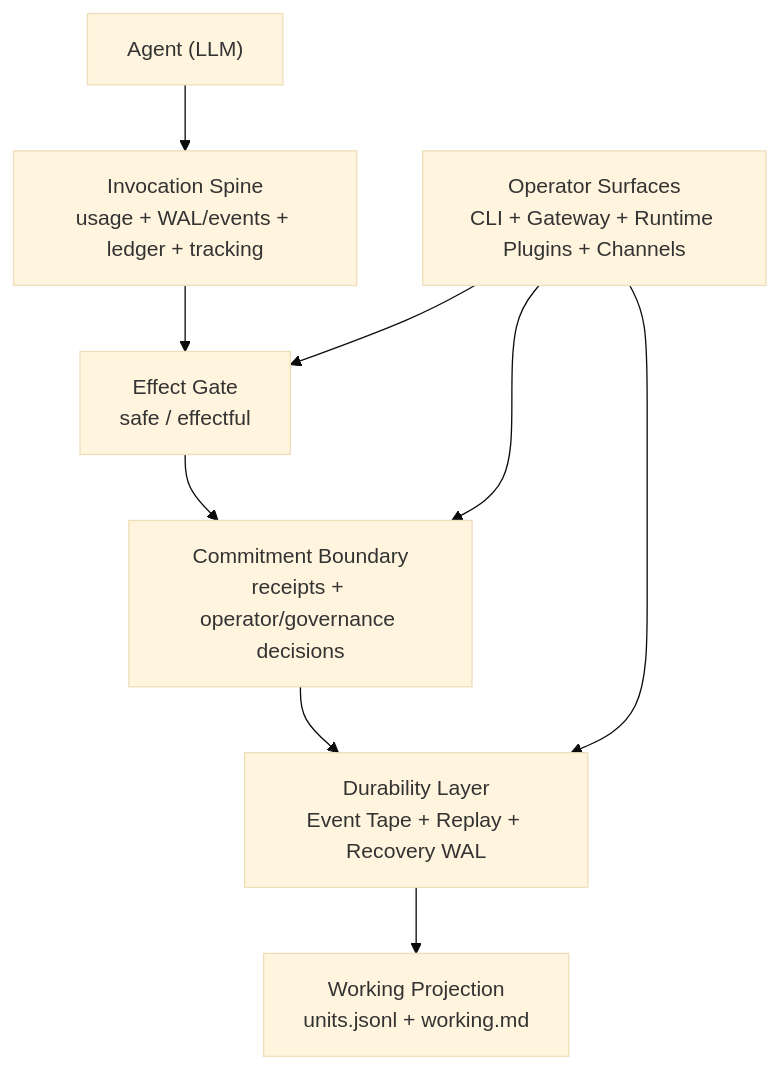
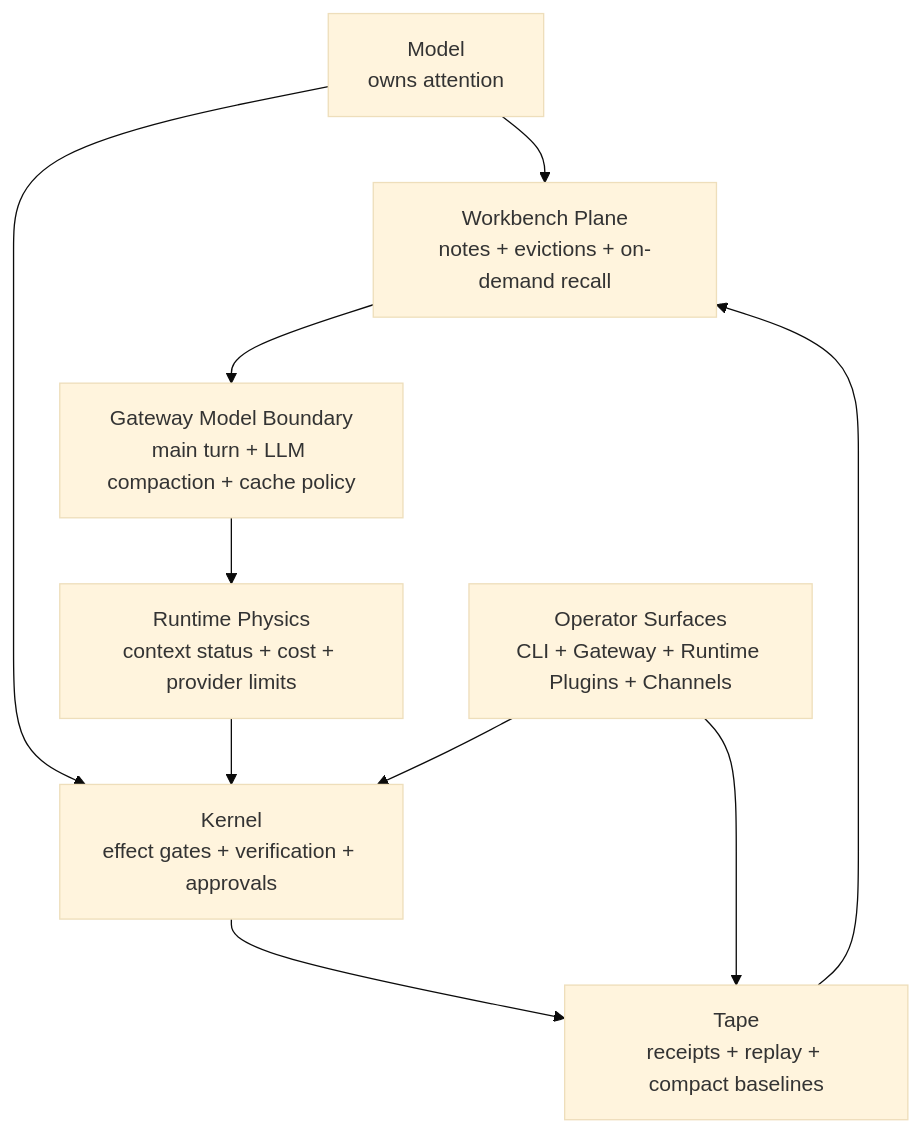
Before and after one commit to arcthur/brewva: the diagram in README.md, drawn with Mermaid (base theme). The commit also changed other lines of this file and 523 other files, not shown here.

First line of the commit message:
feat(runtime)!: complete model-operated context reset

````diff
--- a/README.md
+++ b/README.md
@@ -30,19 +40,20 @@
 ```mermaid
 flowchart TD
-  AGENT["Agent (LLM)"]
-  SPINE["Invocation Spine<br/>usage + WAL/events + ledger + tracking"]
-  EFFECT["Effect Gate<br/>safe / effectful"]
-  BOUNDARY["Commitment Boundary<br/>receipts + operator/governance decisions"]
-  DURABILITY["Durability Layer<br/>Event Tape + Replay + Recovery WAL"]
-  PROJECTION["Working Projection<br/>units.jsonl + working.md"]
-  OPERATORS["Operator Surfaces<br/>CLI + Gateway + Runtime Plugins + Channels"]
+  MODEL["Model<br/>owns attention"]
+  WORKBENCH["Workbench Plane<br/>notes + evictions + on-demand recall"]
+  GATEWAY["Gateway Model Boundary<br/>main turn + LLM compaction + cache policy"]
+  PHYSICS["Runtime Physics<br/>context status + cost + provider limits"]
+  KERNEL["Kernel<br/>effect gates + verification + approvals"]
+  TAPE["Tape<br/>receipts + replay + compact baselines"]
+  OPERATOR["Operator Surfaces<br/>CLI + Gateway + Runtime Plugins + Channels"]
 
-  AGENT --> SPINE
-  SPINE --> EFFECT
-  EFFECT --> BOUNDARY
-  BOUNDARY --> DURABILITY
-  DURABILITY --> PROJECTION
-  OPERATORS --> EFFECT
-  OPERATORS --> BOUNDARY
-  OPERATORS --> DURABILITY
+  MODEL --> WORKBENCH
+  WORKBENCH --> GATEWAY
+  GATEWAY --> PHYSICS
+  MODEL --> KERNEL
+  PHYSICS --> KERNEL
+  KERNEL --> TAPE
+  TAPE --> WORKBENCH
+  OPERATOR --> KERNEL
+  OPERATOR --> TAPE
 ```
````
